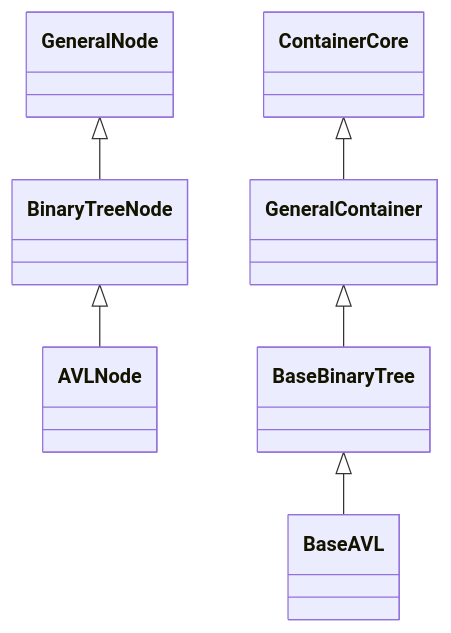
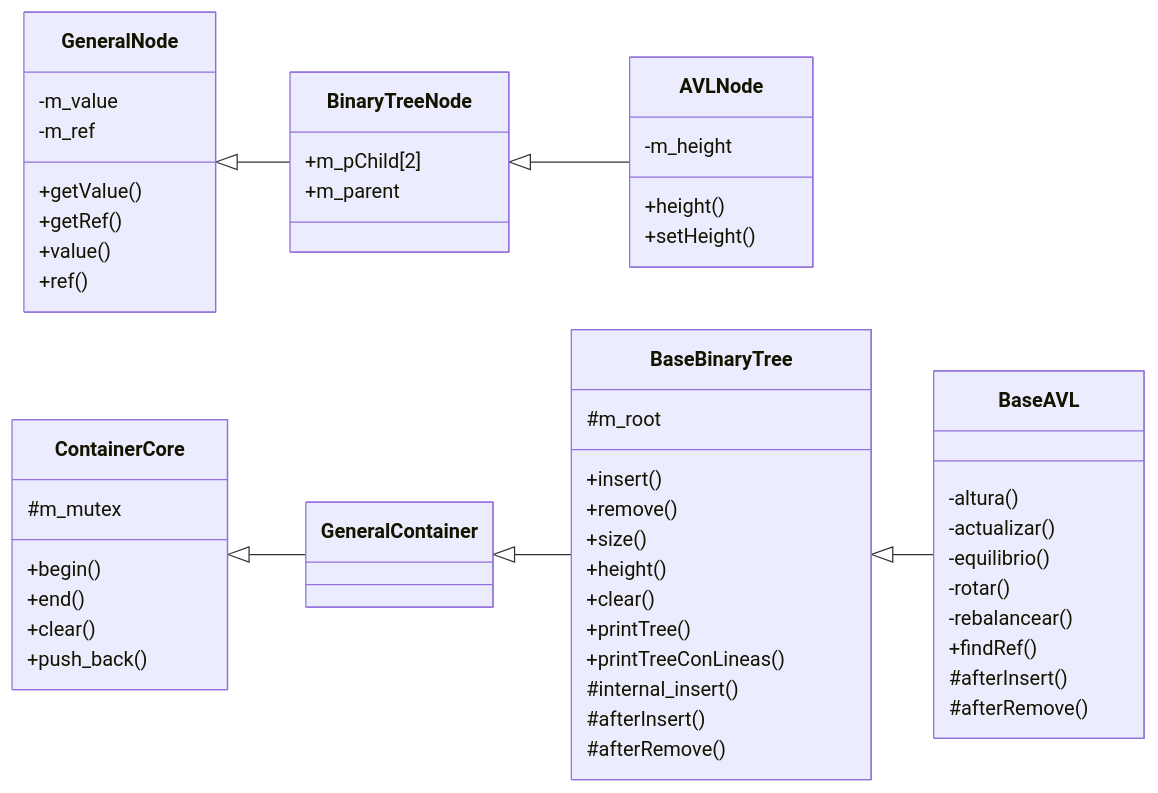
The second of 4 diagrams in README.md (cdiazcs/2026-II-CS-UNI-CC0E5-AEDAv), drawn with Mermaid before and after one commit. The commit also changed other lines of this file, not shown here.

Commit message:
docs: actualizar README.md

````diff
--- a/README.md
+++ b/README.md
@@ -9,20 +82,66 @@
 ```mermaid
 classDiagram
-    direction TB
+    direction LR
 
-    class GeneralNode
-    class BinaryTreeNode
-    class AVLNode
+    class GeneralNode {
+        -m_value
+        -m_ref
+        +getValue()
+        +getRef()
+        +value()
+        +ref()
+    }
 
-    class ContainerCore
+    class BinaryTreeNode {
+        +m_pChild[2]
+        +m_parent
+    }
+
+    class AVLNode {
+        -m_height
+        +height()
+        +setHeight()
+    }
+
+    class ContainerCore {
+        #m_mutex
+        +begin()
+        +end()
+        +clear()
+        +push_back()
+    }
+
     class GeneralContainer
-    class BaseBinaryTree
-    class BaseAVL
+
+    class BaseBinaryTree {
+        #m_root
+        +insert()
+        +remove()
+        +size()
+        +height()
+        +clear()
+        +printTree()
+        +printTreeConLineas()
+        #internal_insert()
+        #afterInsert()
+        #afterRemove()
+    }
+
+    class BaseAVL {
+        -altura()
+        -actualizar()
+        -equilibrio()
+        -rotar()
+        -rebalancear()
+        +findRef()
+        #afterInsert()
+        #afterRemove()
+    }
 
     GeneralNode <|-- BinaryTreeNode
     BinaryTreeNode <|-- AVLNode
 
     ContainerCore <|-- GeneralContainer
     GeneralContainer <|-- BaseBinaryTree
     BaseBinaryTree <|-- BaseAVL
 ```
````
